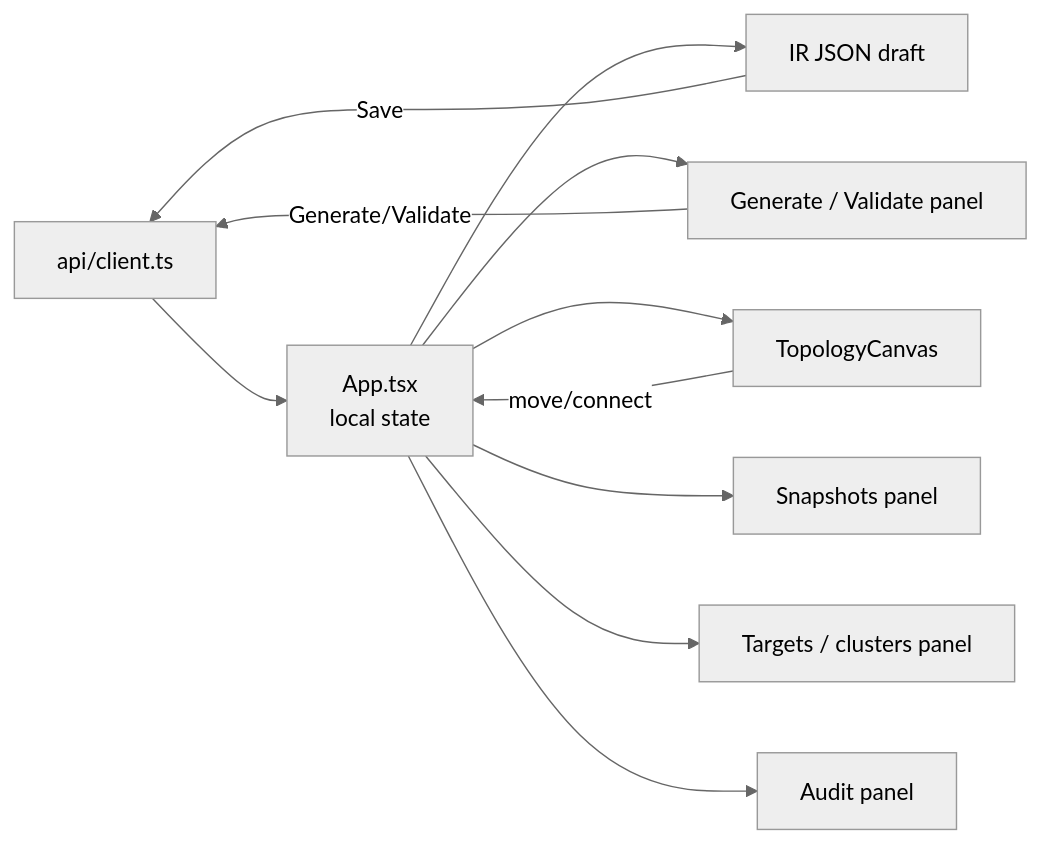
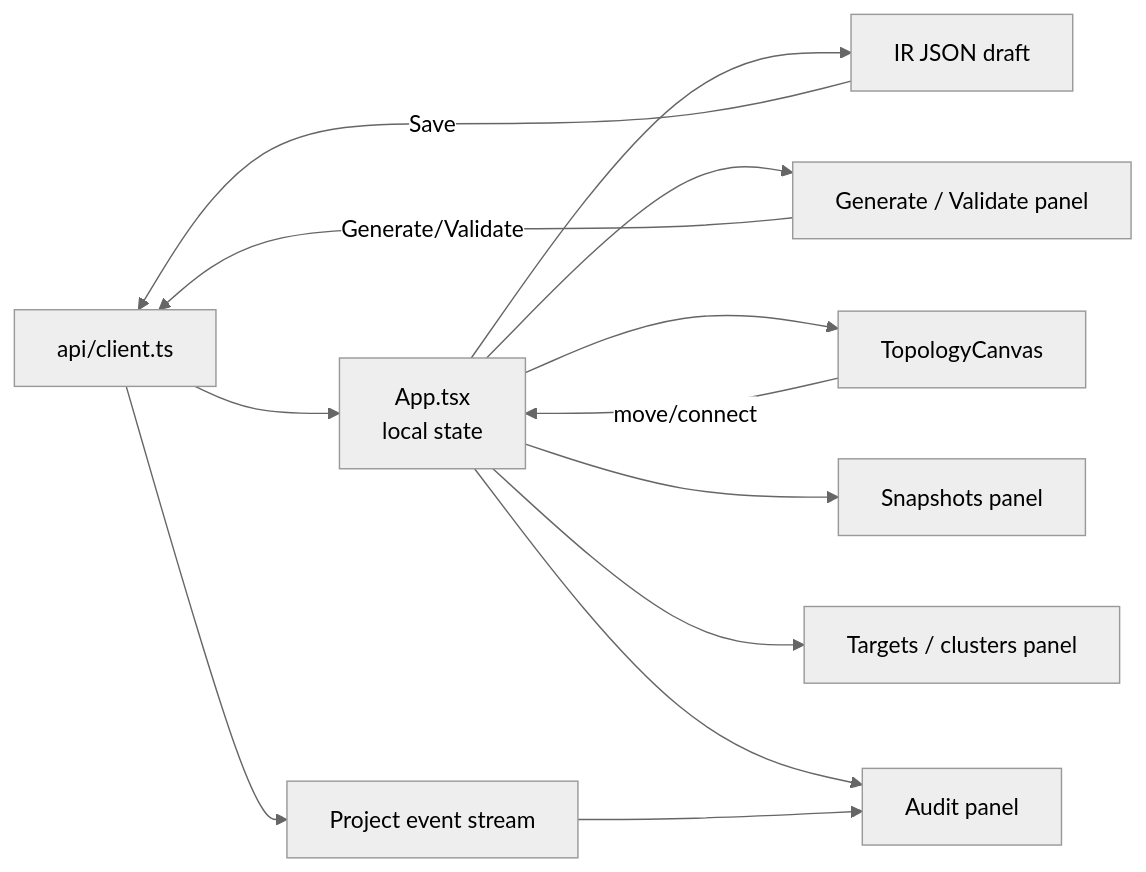
Diagram 14 of 18 in ARCHITECTURE.md (ersinkoc/Nizam), drawn with Mermaid (neutral theme) before and after one commit. The commit also changed other lines of this file and 6 other files, not shown here.

Commit message:
Add project audit event stream

````diff
--- a/ARCHITECTURE.md
+++ b/ARCHITECTURE.md
@@ -444,22 +450,25 @@
 ```mermaid
 flowchart LR
   APIClient["api/client.ts"]
   App["App.tsx\nlocal state"]
   IRDraft["IR JSON draft"]
   GeneratePanel["Generate / Validate panel"]
   Topology["TopologyCanvas"]
   Snapshots["Snapshots panel"]
   Targets["Targets / clusters panel"]
   Audit["Audit panel"]
+  EventStream["Project event stream"]
 
   APIClient --> App
   App --> IRDraft
   App --> GeneratePanel
   App --> Topology
   App --> Snapshots
   App --> Targets
   App --> Audit
+  APIClient --> EventStream
+  EventStream --> Audit
   Topology -->|move/connect| App
   IRDraft -->|Save| APIClient
   GeneratePanel -->|Generate/Validate| APIClient
 ```
````
